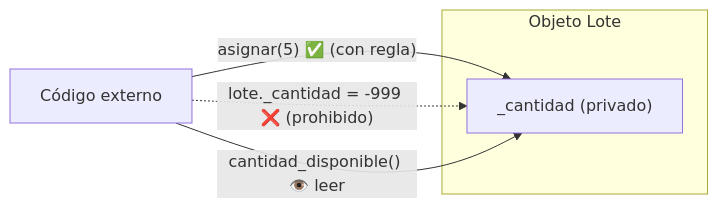
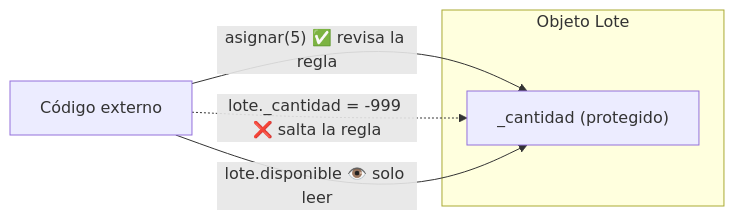
The second of 2 diagrams in lecciones/09-encapsulacion/README.md (BenjaminGhiggo/aprendiendo-ddd-con-python-y-fastapi), drawn with Mermaid before and after one commit. The commit also changed other lines of this file and 21 other files, not shown here.

````diff
--- a/lecciones/09-encapsulacion/README.md
+++ b/lecciones/09-encapsulacion/README.md
@@ -34,9 +334,9 @@
 ```mermaid
 flowchart LR
     subgraph Lote["Objeto Lote"]
-      D["_cantidad (privado)"]
+      D["_cantidad (protegido)"]
     end
-    EXT["Código externo"] -- "asignar(5) ✅ (con regla)" --> D
-    EXT -. "lote._cantidad = -999 ❌ (prohibido)" .-> D
-    EXT -- "cantidad_disponible() 👁️ leer" --> D
+    EXT["Código externo"] -- "asignar(5) ✅ revisa la regla" --> D
+    EXT -. "lote._cantidad = -999 ❌ salta la regla" .-> D
+    EXT -- "lote.disponible 👁️ solo leer" --> D
 ```
````
